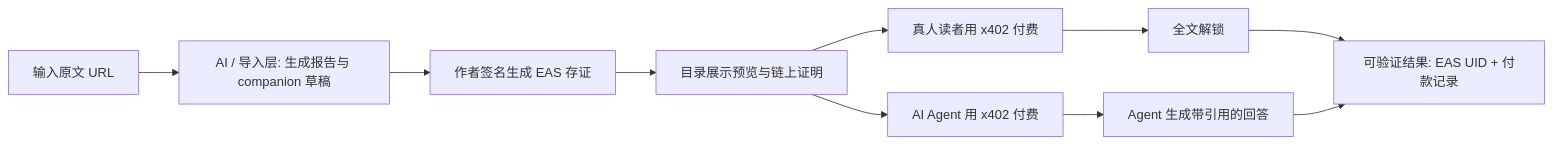
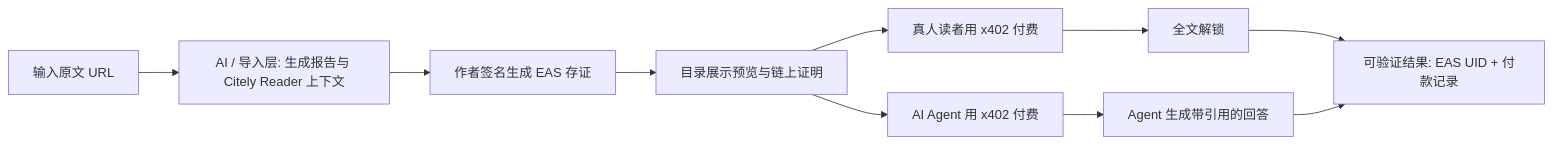
The diagram in README.md (alexfanzong/Citely), drawn with Mermaid before and after one commit. The commit also changed other lines of this file and 1 other file, not shown here.

````diff
--- a/README.md
+++ b/README.md
@@ -75,12 +75,12 @@
 ```mermaid
 flowchart LR
-  A["输入原文 URL"] --> B["AI / 导入层: 生成报告与 companion 草稿"]
+  A["输入原文 URL"] --> B["AI / 导入层: 生成报告与 Citely Reader 上下文"]
   B --> C["作者签名生成 EAS 存证"]
   C --> D["目录展示预览与链上证明"]
   D --> E["真人读者用 x402 付费"]
   D --> F["AI Agent 用 x402 付费"]
   E --> G["全文解锁"]
   F --> H["Agent 生成带引用的回答"]
   G --> I["可验证结果: EAS UID + 付款记录"]
   H --> I
 ```
````
